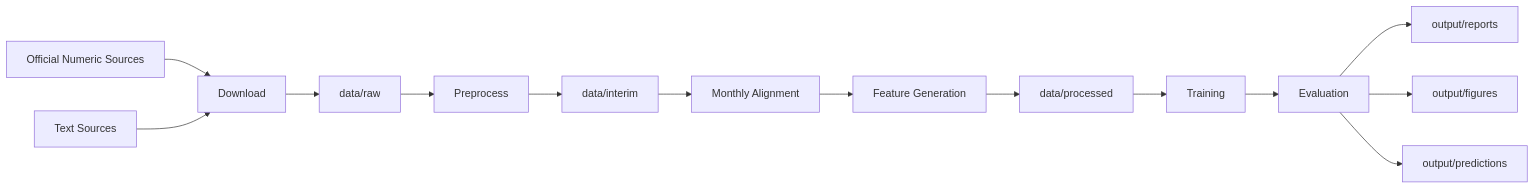
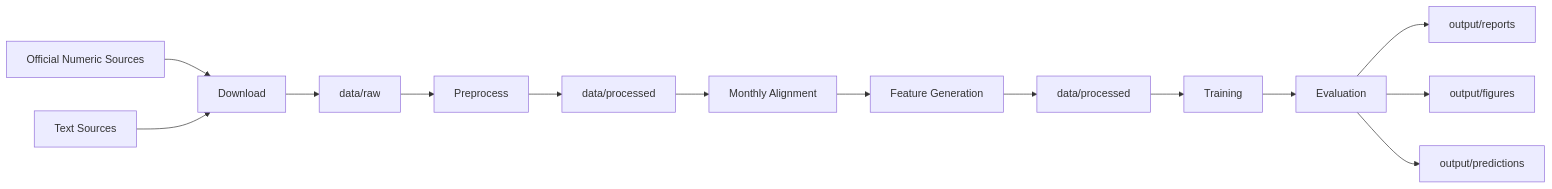
One commit to oguzhanozkaya/football-inplay-prediction changed the first of 5 diagrams in docs/architecture.md. Above: the diagram before and after it, drawn with Mermaid. The commit also changed 15 other files, not shown here.

````diff
--- a/docs/architecture.md
+++ b/docs/architecture.md
@@ -32,16 +32,16 @@
 ```mermaid
 flowchart LR
     A[Official Numeric Sources] --> C[Download]
     B[Text Sources] --> C
     C --> D[data/raw]
     D --> E[Preprocess]
-    E --> F[data/interim]
+    E --> F[data/processed]
     F --> G[Monthly Alignment]
     G --> H[Feature Generation]
     H --> I[data/processed]
     I --> J[Training]
     J --> K[Evaluation]
     K --> L[output/reports]
     K --> M[output/figures]
     K --> N[output/predictions]
 ```
````
